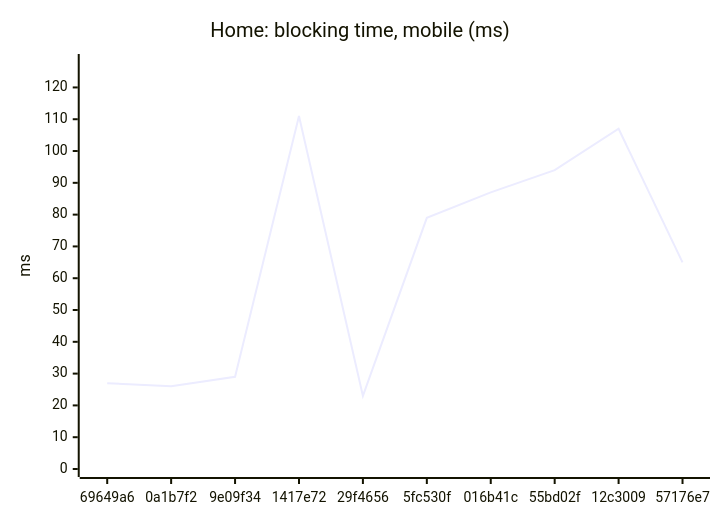
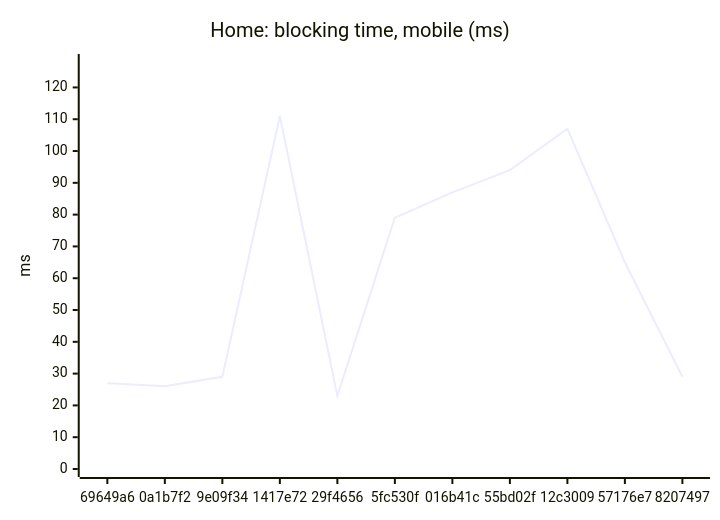
One commit to AxelUser/maltsev.space changed the second of 18 diagrams in README.md. Above: the diagram before and after it, drawn with Mermaid. The commit also changed other lines of this file and 1 other file, not shown here.

````diff
--- a/README.md
+++ b/README.md
@@ -43,7 +43,7 @@
 ```mermaid
 xychart-beta
   title "Home: blocking time, mobile (ms)"
-  x-axis ["69649a6", "0a1b7f2", "9e09f34", "1417e72", "29f4656", "5fc530f", "016b41c", "55bd02f", "12c3009", "57176e7"]
+  x-axis ["69649a6", "0a1b7f2", "9e09f34", "1417e72", "29f4656", "5fc530f", "016b41c", "55bd02f", "12c3009", "57176e7", "8207497"]
   y-axis "ms" 0 --> 128
-  line [27, 26, 29, 111, 23, 79, 87, 94, 107, 65]
+  line [27, 26, 29, 111, 23, 79, 87, 94, 107, 65, 29]
 ```
````
